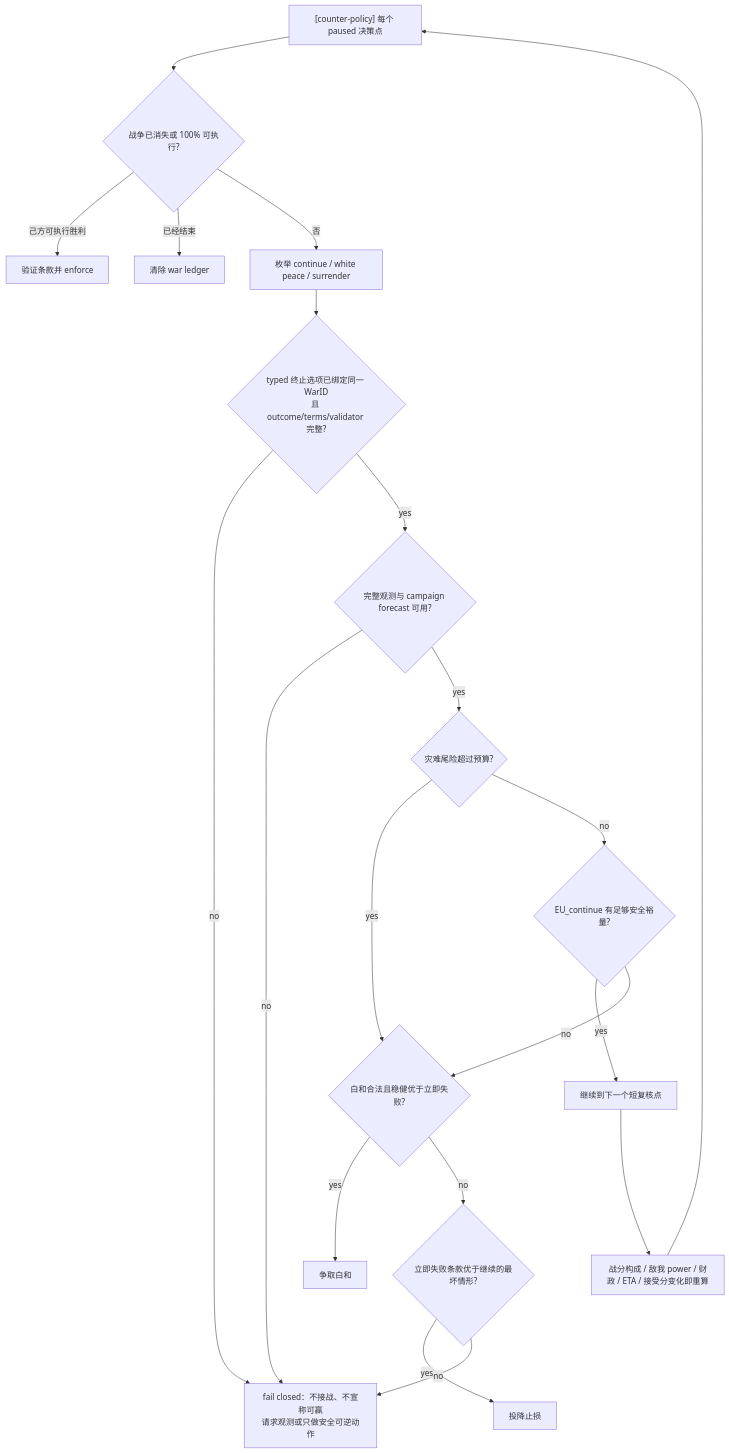
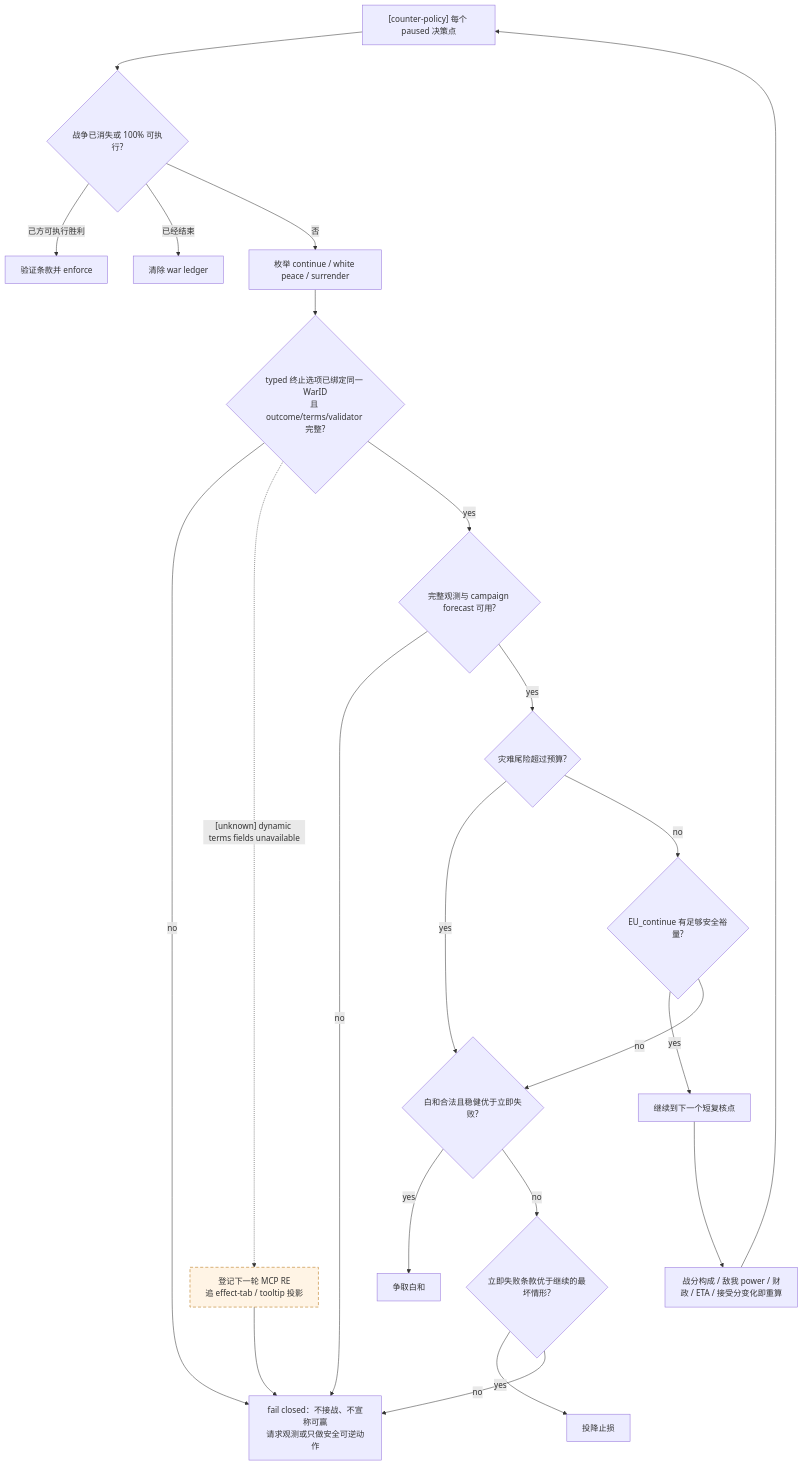
One commit to XenoAmess/ck3_eternal_recurrence changed the second of 4 diagrams in docs/ck3-native-ai/player-war-exit-policy.md. Above: the diagram before and after it, drawn with Mermaid. The commit also changed other lines of this file and 183 other files, not shown here.

````diff
--- a/docs/ck3-native-ai/player-war-exit-policy.md
+++ b/docs/ck3-native-ai/player-war-exit-policy.md
@@ -99,22 +203,26 @@
 ```mermaid
 flowchart TD
     S["[counter-policy] 每个 paused 决策点"] --> X{"战争已消失或 100% 可执行?"}
     X -->|己方可执行胜利| V["验证条款并 enforce"]
     X -->|已经结束| Z["清除 war ledger"]
     X -->|否| O["枚举 continue / white peace / surrender"]
     O --> N{"typed 终止选项已绑定同一 WarID<br/>且 outcome/terms/validator 完整?"}
     N -->|no| F["fail closed：不接战、不宣称可赢<br/>请求观测或只做安全可逆动作"]
+    N -. "[unknown] dynamic terms fields unavailable" .-> RER["登记下一轮 MCP RE<br/>追 effect-tab / tooltip 投影"]
+    RER --> F
     N -->|yes| G{"完整观测与 campaign forecast 可用?"}
     G -->|no| F["fail closed：不接战、不宣称可赢<br/>请求观测或只做安全可逆动作"]
     G -->|yes| T{"灾难尾险超过预算?"}
     T -->|yes| Q{"白和合法且稳健优于立即失败?"}
     Q -->|yes| W["争取白和"]
     Q -->|no| L{"立即失败条款优于继续的最坏情形?"}
     L -->|yes| R["投降止损"]
     L -->|no| F
     T -->|no| E{"EU_continue 有足够安全裕量?"}
     E -->|yes| C["继续到下一个短复核点"]
     E -->|no| Q
     C --> M["战分构成 / 敌我 power / 财政 / ETA / 接受分变化即重算"]
     M --> S
+    classDef unknown stroke-dasharray: 6 4,fill:#fff4e5,stroke:#b36b00;
+    class RER unknown;
 ```
````
